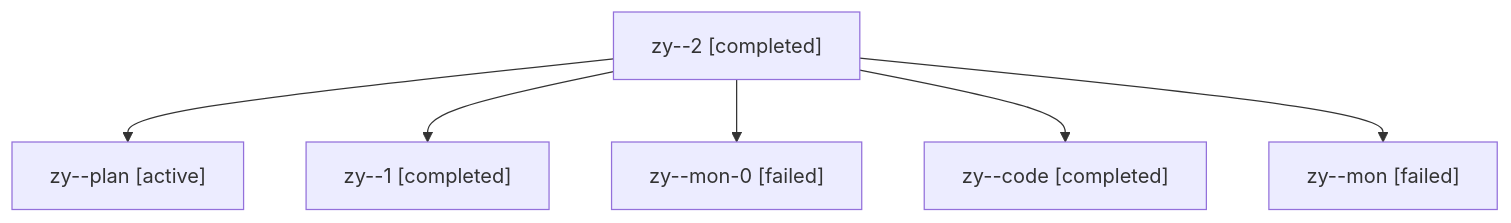
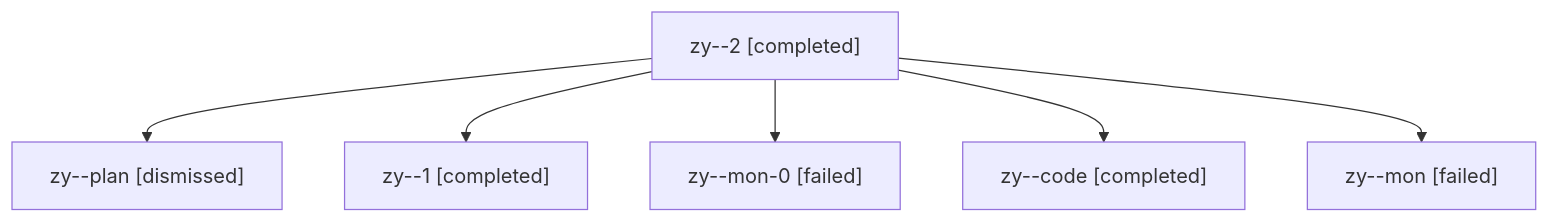
Before and after one commit to sase-org/sase--agents: the diagram in sessions/bbugyi200.athena.zy.md, drawn with Mermaid. The commit also changed other lines of this file and 17 other files, not shown here.

````diff
--- a/sessions/bbugyi200.athena.zy.md
+++ b/sessions/bbugyi200.athena.zy.md
@@ -9,14 +9,14 @@
 ```mermaid
 flowchart TD
   n0["zy--2 [completed]"]
-  n1["zy--plan [active]"]
+  n1["zy--plan [dismissed]"]
   n0 --> n1
   n2["zy--1 [completed]"]
   n0 --> n2
   n3["zy--mon-0 [failed]"]
   n0 --> n3
   n4["zy--code [completed]"]
   n0 --> n4
   n5["zy--mon [failed]"]
   n0 --> n5
 ```
````
